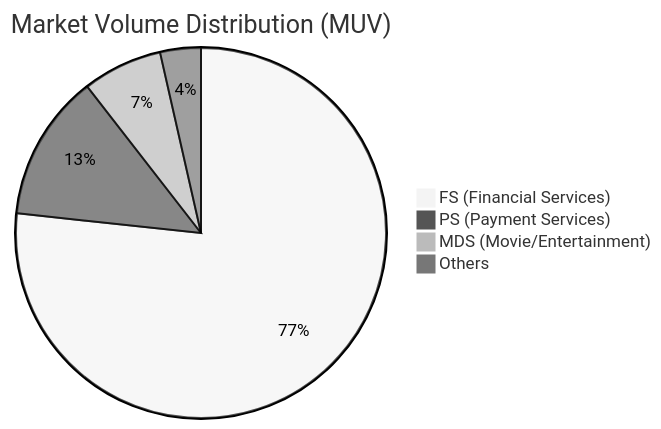
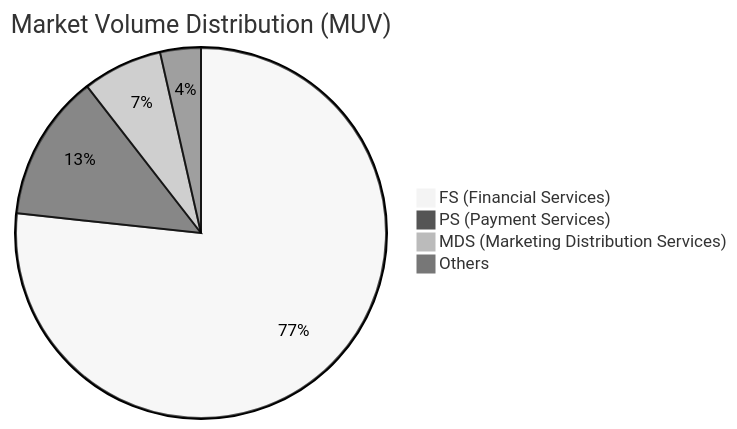
One commit to vanhien26/hienho-knowledgebase changed the first of 2 diagrams in 06_REPORTS/growth_report_template.md. Above: the diagram before and after it, drawn with Mermaid (neutral theme). The commit also changed 8 other files, not shown here.

````diff
--- a/06_REPORTS/growth_report_template.md
+++ b/06_REPORTS/growth_report_template.md
@@ -46,7 +46,7 @@
 ```mermaid
 pie title Market Volume Distribution (MUV)
     "FS (Financial Services)" : 108.0
     "PS (Payment Services)" : 18.0
-    "MDS (Movie/Entertainment)" : 9.8
+    "MDS (Marketing Distribution Services)" : 9.8
     "Others" : 5.0
 ```
````
